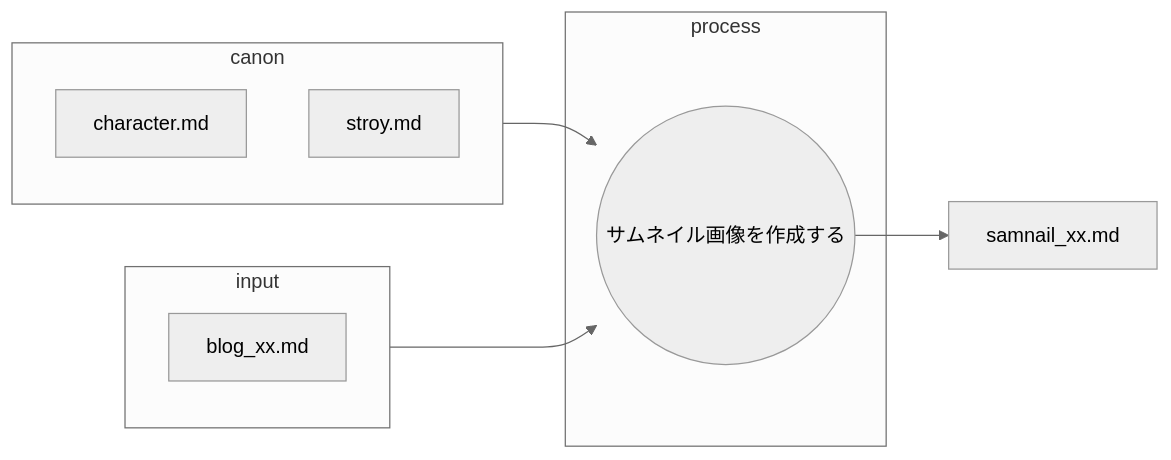
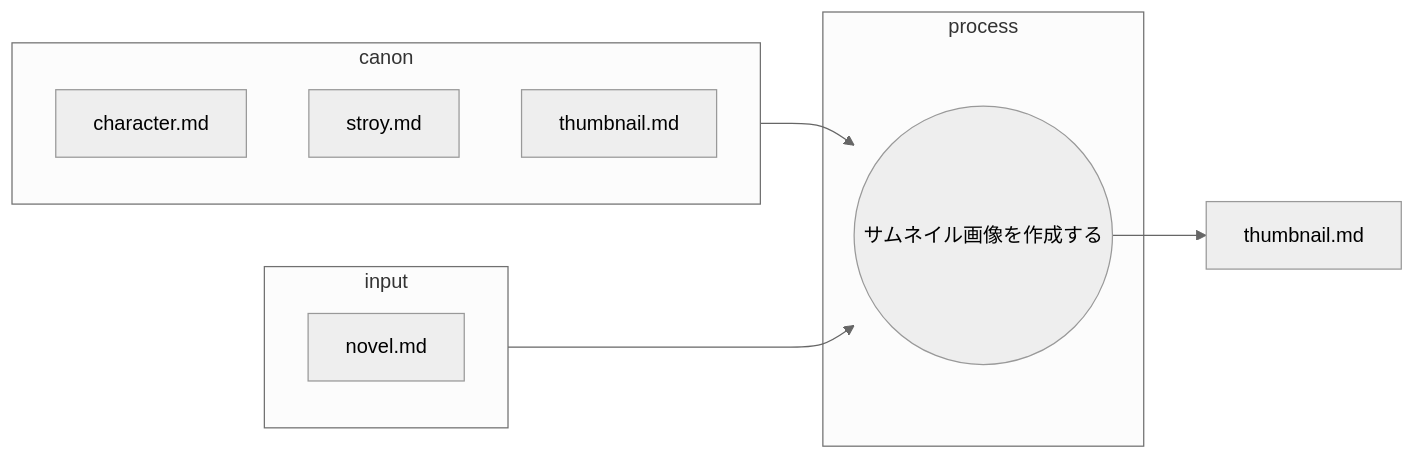
One commit to yomai-hiyashidewa/novel_workflow changed the diagram in prompts/illustrator.md. Above: the diagram before and after it, drawn with Mermaid (neutral theme). The commit also changed other lines of this file and 13 other files, not shown here.

````diff
--- a/prompts/illustrator.md
+++ b/prompts/illustrator.md
@@ -4,26 +5,27 @@
 ```mermaid
 graph LR
 
     subgraph input
-        md1[blog_xx.md]
+        md1[novel.md]
     end
 
     subgraph canon
         c_character[character.md]
         c_story[stroy.md]
+        c_thumbnail[thumbnail.md]
         
     end
 
-    product[samnail_xx.md]
+    product[thumbnail.md]
 
 
     subgraph process
         process_illust((サムネイル画像を作成する))
     end
 
     canon --> process_illust
     input --> process_illust
     process_illust --> product
 
 
 ```
````
